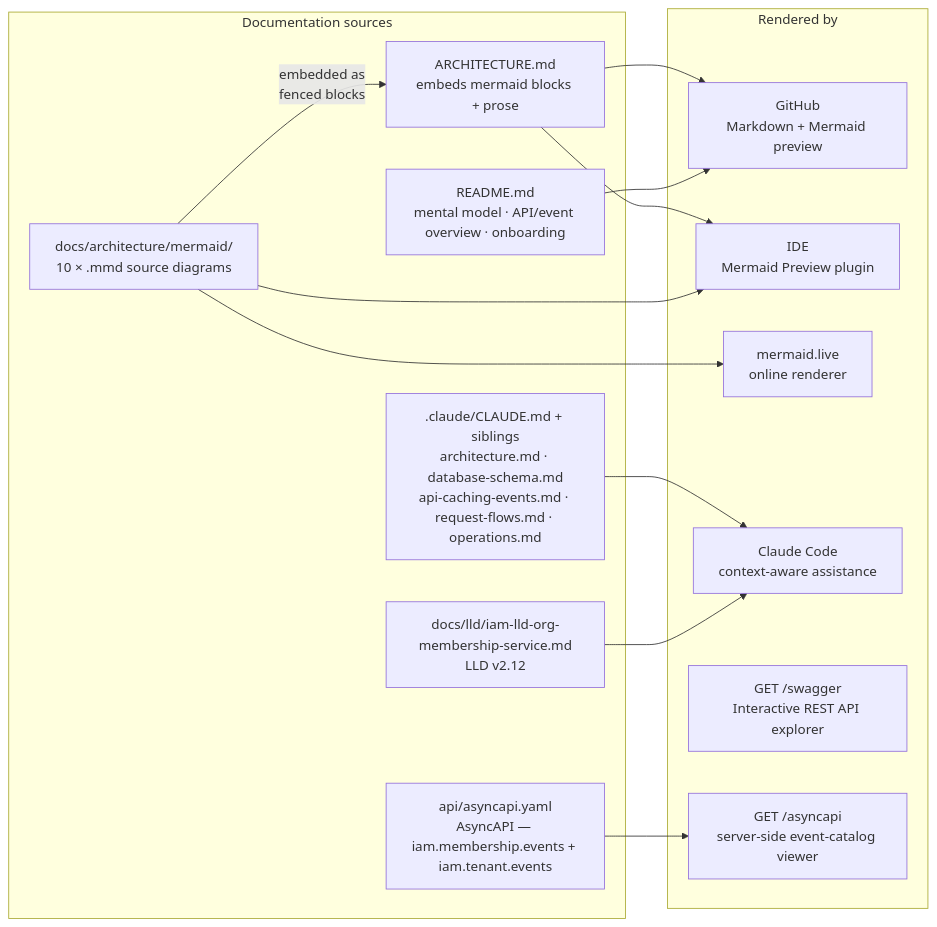
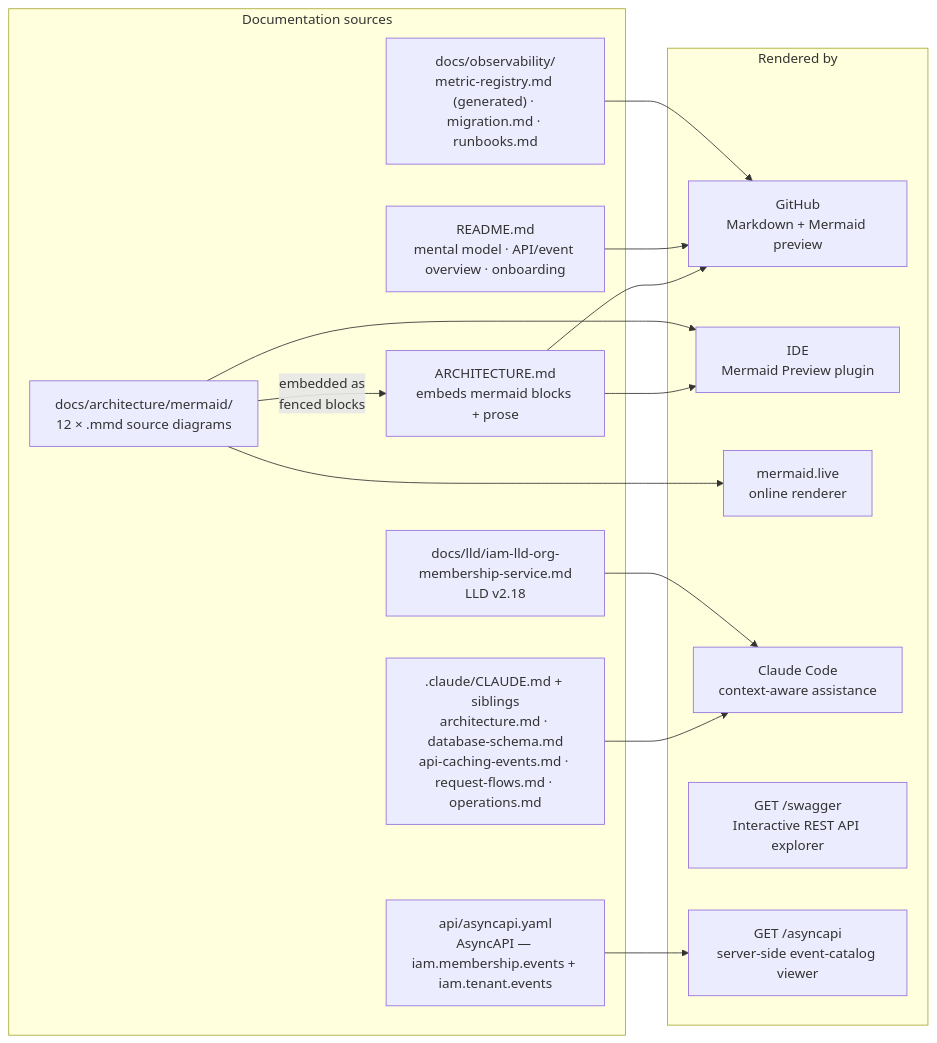
One commit to BCBP-SOLUTIONS-FZC-LLC/iam-org-membership changed diagram 13 of 13 in ARCHITECTURE.md. Above: the diagram before and after it, drawn with Mermaid. The commit also changed other lines of this file and 190 other files, not shown here.

````diff
--- a/ARCHITECTURE.md
+++ b/ARCHITECTURE.md
@@ -1266,28 +1350,30 @@
 ```mermaid
 graph LR
     subgraph sources["Documentation sources"]
-        mmd["docs/architecture/mermaid/\n10 × .mmd source diagrams"]
+        mmd["docs/architecture/mermaid/\n12 × .mmd source diagrams"]
         arch["ARCHITECTURE.md\nembeds mermaid blocks + prose"]
         claude[".claude/CLAUDE.md + siblings\narchitecture.md · database-schema.md\napi-caching-events.md · request-flows.md · operations.md"]
         readme["README.md\nmental model · API/event overview · onboarding"]
         asyncapi_yaml["api/asyncapi.yaml\nAsyncAPI — iam.membership.events + iam.tenant.events"]
-        lld["docs/lld/iam-lld-org-membership-service.md\nLLD v2.12"]
+        lld["docs/lld/iam-lld-org-membership-service.md\nLLD v2.18"]
+        obsdocs["docs/observability/\nmetric-registry.md (generated) · migration.md · runbooks.md"]
     end
 
     subgraph rendered["Rendered by"]
         github["GitHub\nMarkdown + Mermaid preview"]
         ide["IDE\nMermaid Preview plugin"]
         live["mermaid.live\nonline renderer"]
         claude_ai["Claude Code\ncontext-aware assistance"]
         swagger_viewer["GET /swagger\nInteractive REST API explorer"]
         asyncapi_viewer["GET /asyncapi\nserver-side event-catalog viewer"]
     end
 
     mmd  -->|"embedded as\nfenced blocks"| arch
     arch --> github & ide
     mmd  --> live & ide
     claude --> claude_ai
     readme --> github
     lld --> claude_ai
+    obsdocs --> github
     asyncapi_yaml --> asyncapi_viewer
 ```
````
